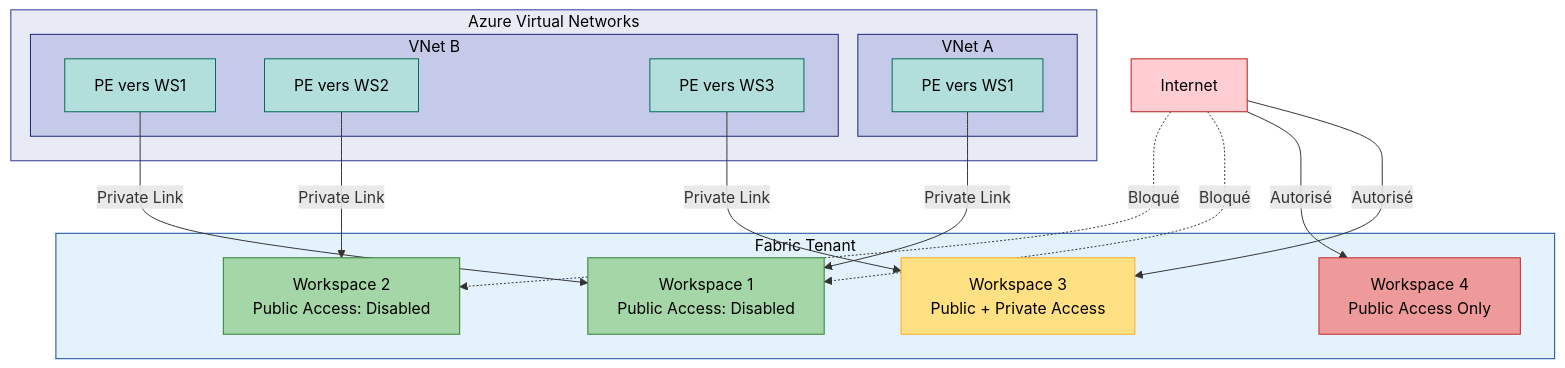
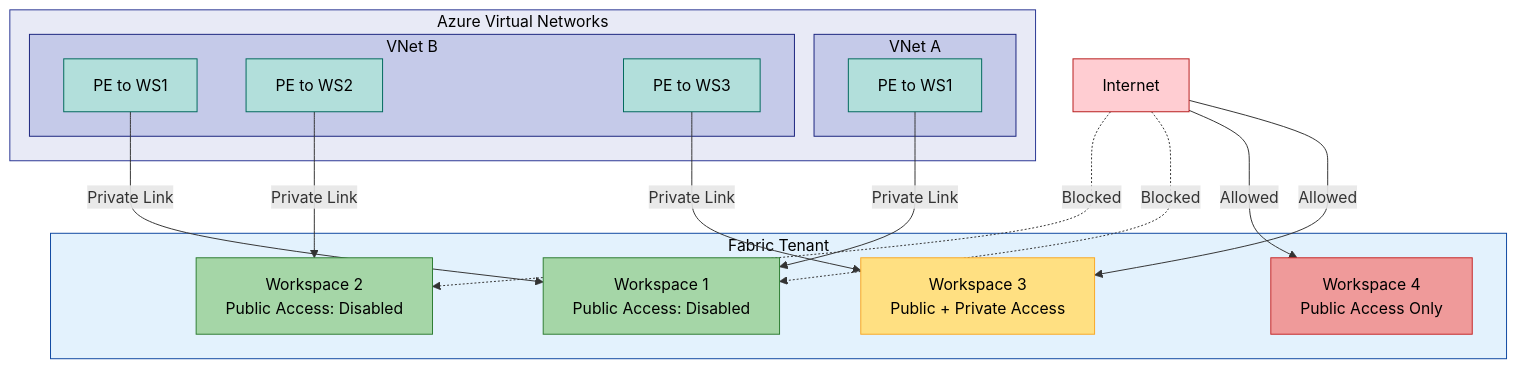
One commit to fredgis/fabric-foundry-kb changed the fifth of 12 diagrams in Fabric_Network_Security.md. Above: the diagram before and after it, drawn with Mermaid. The commit also changed other lines of this file and 2 other files, not shown here.

````diff
--- a/Fabric_Network_Security.md
+++ b/Fabric_Network_Security.md
@@ -258,45 +258,45 @@
 ```mermaid
 flowchart TB
     subgraph VNets["Azure Virtual Networks"]
         subgraph VNetA["VNet A"]
-            PEA1["PE vers WS1"]
+            PEA1["PE to WS1"]
         end
         subgraph VNetB["VNet B"]
-            PEB1["PE vers WS1"]
-            PEB2["PE vers WS2"]
-            PEB3["PE vers WS3"]
+            PEB1["PE to WS1"]
+            PEB2["PE to WS2"]
+            PEB3["PE to WS3"]
         end
     end
 
     subgraph Fabric["Fabric Tenant"]
         WS1["Workspace 1\nPublic Access: Disabled"]
         WS2["Workspace 2\nPublic Access: Disabled"]
         WS3["Workspace 3\nPublic + Private Access"]
         WS4["Workspace 4\nPublic Access Only"]
     end
 
     Internet["Internet"]
 
     PEA1 -->|Private Link| WS1
     PEB1 -->|Private Link| WS1
     PEB2 -->|Private Link| WS2
     PEB3 -->|Private Link| WS3
-    Internet -->|Autorisé| WS3
-    Internet -->|Autorisé| WS4
-    Internet -.->|Bloqué| WS1
-    Internet -.->|Bloqué| WS2
+    Internet -->|Allowed| WS3
+    Internet -->|Allowed| WS4
+    Internet -.->|Blocked| WS1
+    Internet -.->|Blocked| WS2
 
     style VNets fill:#e8eaf6,stroke:#283593,color:#000
     style VNetA fill:#c5cae9,stroke:#1a237e,color:#000
     style VNetB fill:#c5cae9,stroke:#1a237e,color:#000
     style Fabric fill:#e3f2fd,stroke:#0d47a1,color:#000
     style WS1 fill:#a5d6a7,stroke:#2e7d32,color:#000
     style WS2 fill:#a5d6a7,stroke:#2e7d32,color:#000
     style WS3 fill:#ffe082,stroke:#f9a825,color:#000
     style WS4 fill:#ef9a9a,stroke:#c62828,color:#000
     style Internet fill:#ffcdd2,stroke:#b71c1c,color:#000
     style PEA1 fill:#b2dfdb,stroke:#00695c,color:#000
     style PEB1 fill:#b2dfdb,stroke:#00695c,color:#000
     style PEB2 fill:#b2dfdb,stroke:#00695c,color:#000
     style PEB3 fill:#b2dfdb,stroke:#00695c,color:#000
 ```
````
